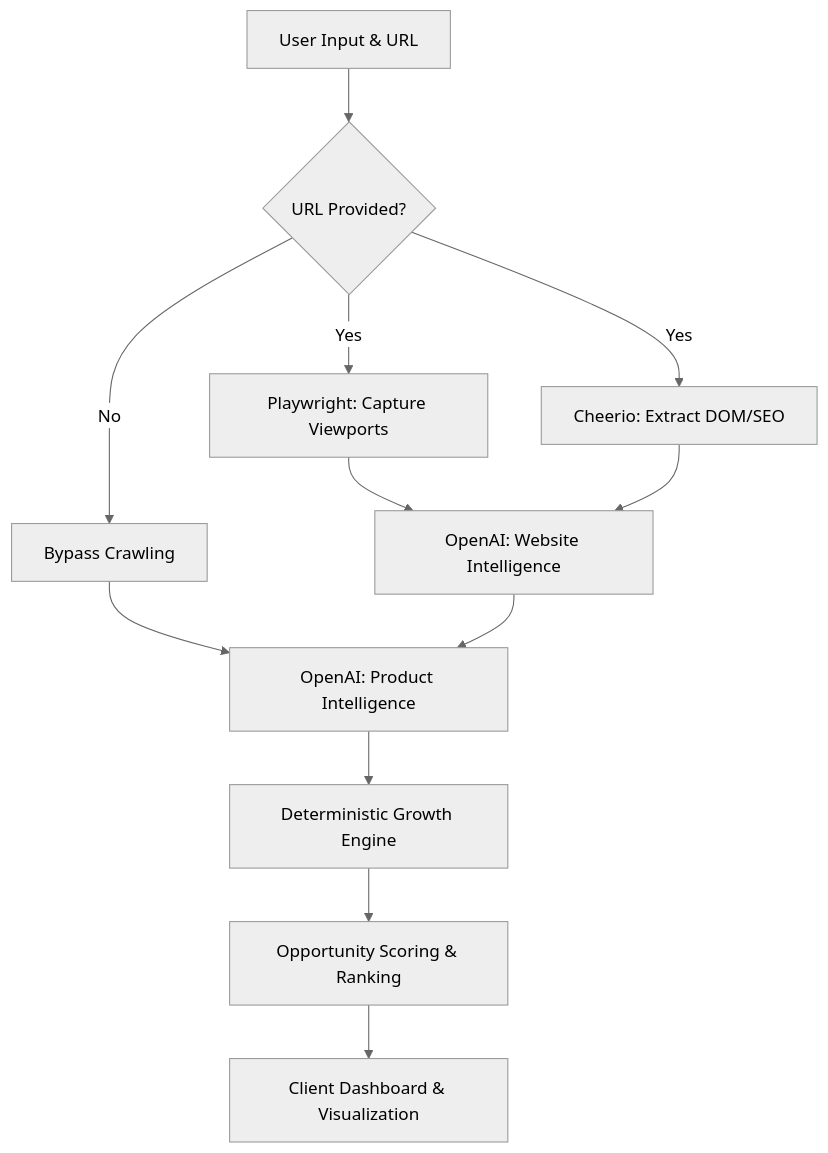
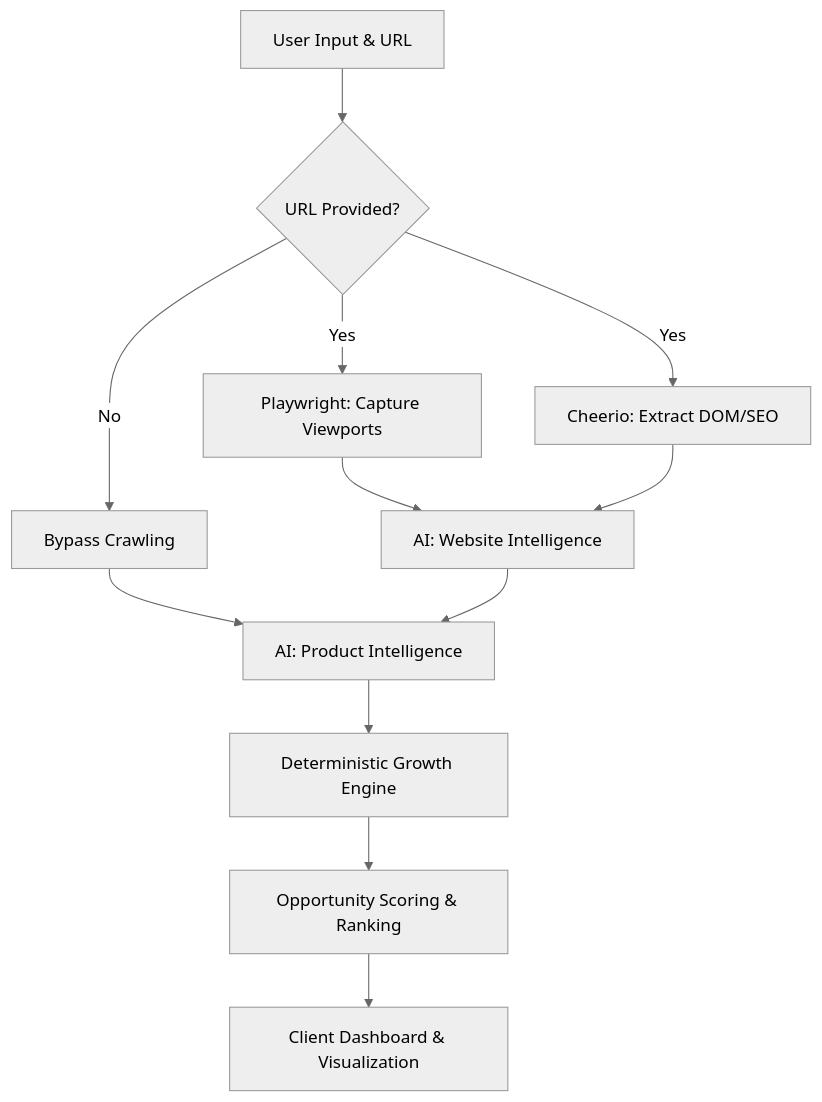
Before and after one commit to Abhishekjha9/Growwwly: the diagram in README.md, drawn with Mermaid (neutral theme). The commit also changed other lines of this file and 54 other files, not shown here.

````diff
--- a/README.md
+++ b/README.md
@@ -67,17 +67,17 @@
 ```mermaid
 graph TD
     A[User Input & URL] --> B{URL Provided?};
     B -- Yes --> C[Playwright: Capture Viewports];
     B -- Yes --> D[Cheerio: Extract DOM/SEO];
     B -- No --> E[Bypass Crawling];
     
-    C --> F[OpenAI: Website Intelligence];
+    C --> F[AI: Website Intelligence];
     D --> F;
     
-    E --> G[OpenAI: Product Intelligence];
+    E --> G[AI: Product Intelligence];
     F --> G;
     
     G --> H[Deterministic Growth Engine];
     H --> I[Opportunity Scoring & Ranking];
     I --> J[Client Dashboard & Visualization];
 ```
````
